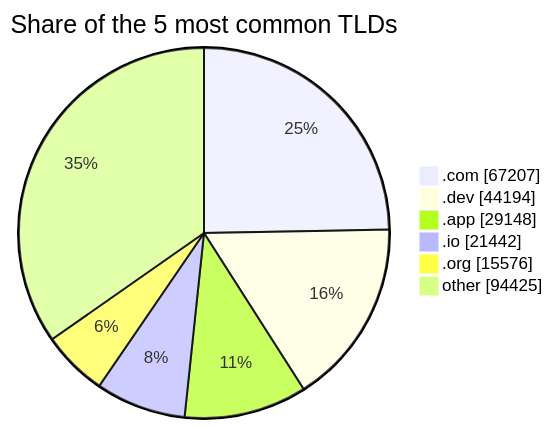
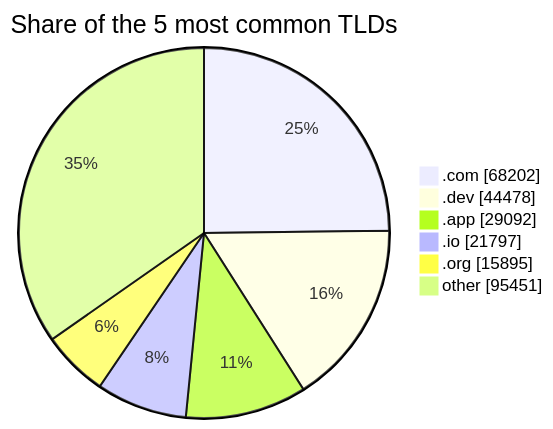
One commit to DNSBunker/CTI changed the third of 3 diagrams in README.md. Above: the diagram before and after it, drawn with Mermaid. The commit also changed other lines of this file and 3 other files, not shown here.

````diff
--- a/README.md
+++ b/README.md
@@ -81,9 +81,9 @@
 ```mermaid
 pie showData title Share of the 5 most common TLDs
-    ".com" : 67207
-    ".dev" : 44194
-    ".app" : 29148
-    ".io" : 21442
-    ".org" : 15576
-    "other" : 94425
+    ".com" : 68202
+    ".dev" : 44478
+    ".app" : 29092
+    ".io" : 21797
+    ".org" : 15895
+    "other" : 95451
 ```
````
